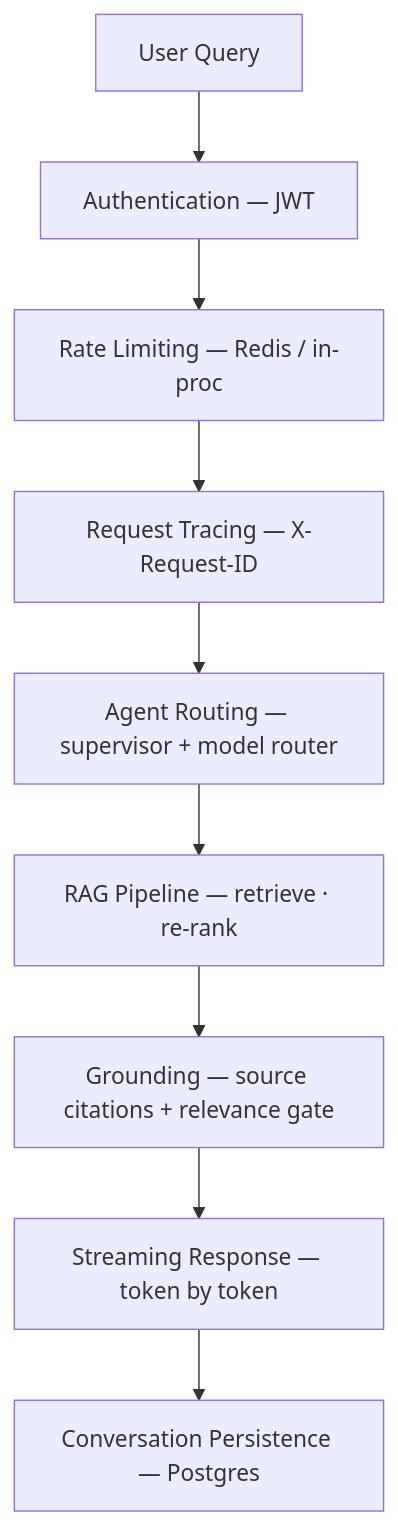
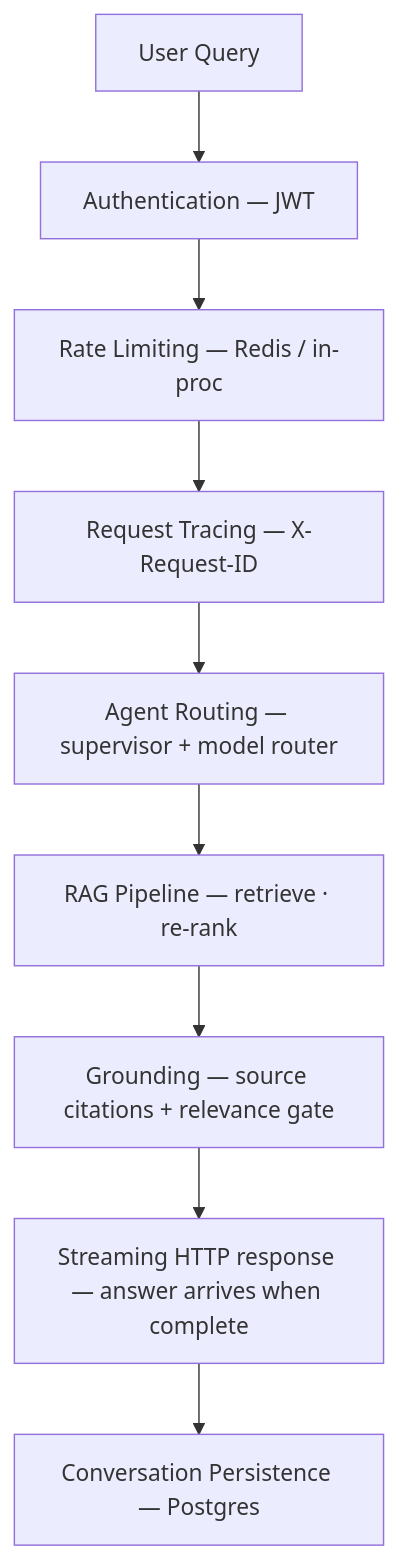
The second of 4 diagrams in README.md (Vishal-AI-ML-Dev/UPSC-AI-PRO), drawn with Mermaid before and after one commit. The commit also changed other lines of this file and 18 other files, not shown here.

````diff
--- a/README.md
+++ b/README.md
@@ -86,11 +86,11 @@
 ```mermaid
 flowchart TD
     A[User Query] --> B[Authentication — JWT]
     B --> C[Rate Limiting — Redis / in-proc]
     C --> D[Request Tracing — X-Request-ID]
     D --> E[Agent Routing — supervisor + model router]
     E --> F[RAG Pipeline — retrieve · re-rank]
     F --> G[Grounding — source citations + relevance gate]
-    G --> H[Streaming Response — token by token]
+    G --> H[Streaming HTTP response — answer arrives when complete]
     H --> I[Conversation Persistence — Postgres]
 ```
````
